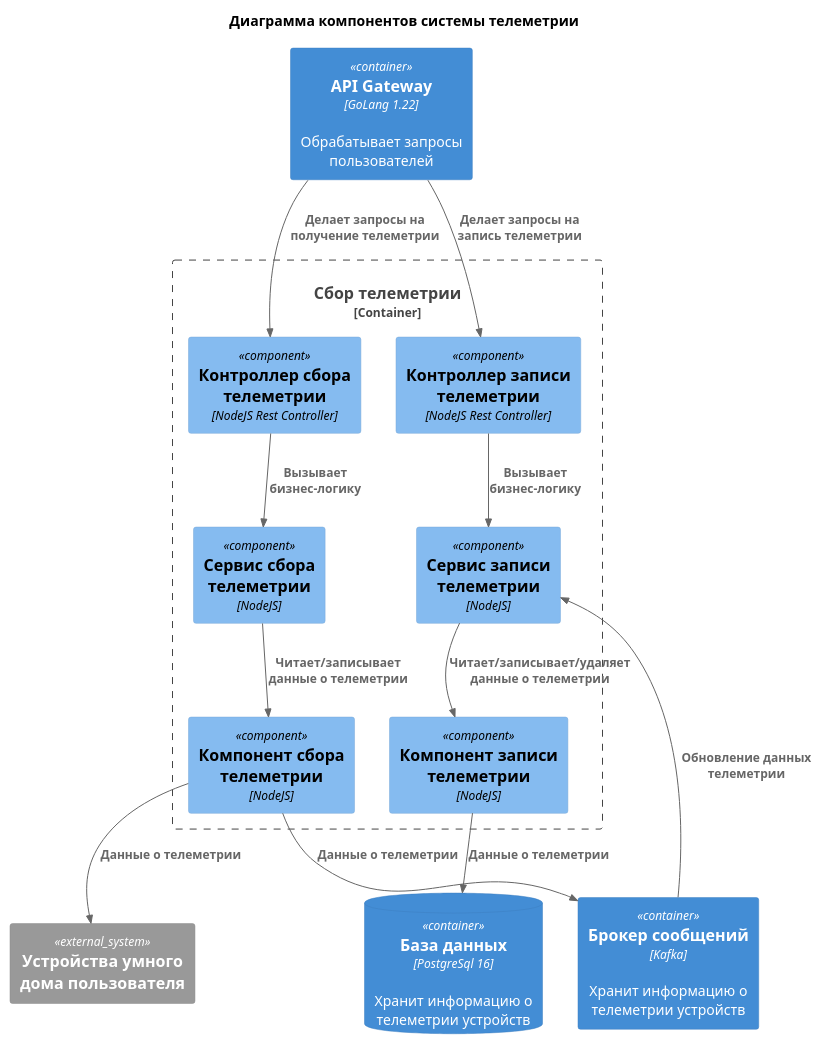
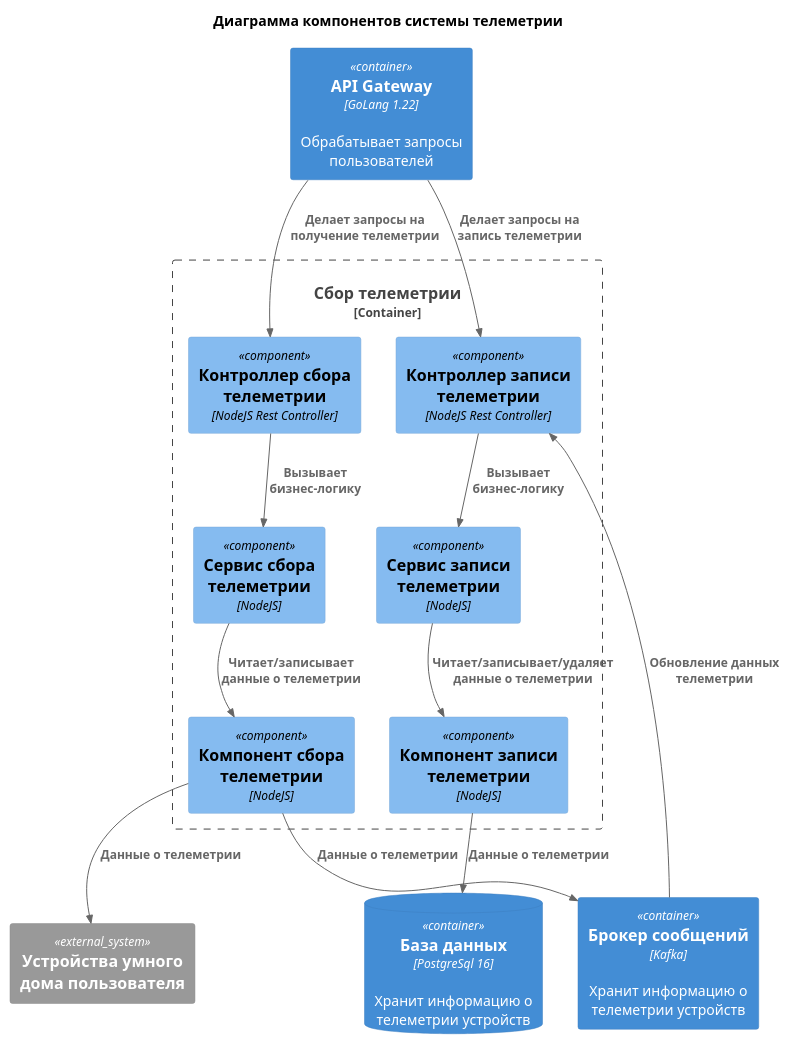
One commit to xSparKIx/architecture-pro-warmhouse changed the diagram in diagrams/components/Telemetry.puml. Above: the diagram before and after it, drawn with PlantUML. The commit also changed 29 other files, not shown here.

```diff
--- a/diagrams/components/Telemetry.puml
+++ b/diagrams/components/Telemetry.puml
@@ -1,43 +1,38 @@
 @startuml Telemetry components diagram
 title Диаграмма компонентов системы телеметрии
 
 !include ../templates/C4_Component.puml
 
 ' Внешние сущности
 Container(APIGateway, "API Gateway", "GoLang 1.22", "Обрабатывает запросы пользователей")
 Container(broker, "Брокер сообщений", "Kafka", "Хранит информацию о телеметрии устройств")
 ContainerDb(db, "База данных", "PostgreSql 16", "Хранит информацию о телеметрии устройств")
 System_Ext(UserDevicesSystem, "Устройства умного дома пользователя")
 
 ' Контейнер сбора телеметрии
 Container_Boundary(TelemetryContainer, "Сбор телеметрии") {
     ' Сбор телеметрии
     Component(TelemetryController, "Контроллер сбора телеметрии", "NodeJS Rest Controller")
     Component(TelemetryService, "Сервис сбора телеметрии", "NodeJS")
     Component(TelemetryComponent, "Компонент сбора телеметрии", "NodeJS")
 
     ' Запись телеметрии
     Component(TelemetryWriteController, "Контроллер записи телеметрии", "NodeJS Rest Controller")
     Component(TelemetryWriteService, "Сервис записи телеметрии", "NodeJS")
     Component(TelemetryWriteComponent, "Компонент записи телеметрии", "NodeJS")
 }
 
 ' Связи
 Rel(APIGateway, TelemetryController, "Делает запросы на получение телеметрии")
 Rel(TelemetryController, TelemetryService, "Вызывает бизнес-логику")
 Rel(TelemetryService, TelemetryComponent, "Читает/записывает данные о телеметрии")
 Rel(TelemetryComponent, broker, "Данные о телеметрии")
 Rel(TelemetryComponent, UserDevicesSystem, "Данные о телеметрии")
 
-' @todo Перепроверить и еще вопрос обязательно ли реализовывать отдельный контроллер записи
-' @todo Перепрвоерить, вполне возможно тут должна быть нисходящая связь и компонент записи должен связаны быть с брокером,
-' а не выше
-' @todo Тут еще надо предусмотреть что телеметрия должна вооюще постоянно собираться или сделать чтобы она собиралась по необходимости
-' когда пользователь смотрит, но нет сценарии должны постоянно же обрабатываться
 Rel(APIGateway, TelemetryWriteController, "Делает запросы на запись телеметрии")
-Rel(broker, TelemetryWriteService, "Обновление данных телеметрии")
+Rel(broker, TelemetryWriteController, "Обновление данных телеметрии")
 Rel(TelemetryWriteController, TelemetryWriteService, "Вызывает бизнес-логику")
 Rel(TelemetryWriteService, TelemetryWriteComponent, "Читает/записывает/удаляет данные о телеметрии")
 Rel(TelemetryWriteComponent, db, "Данные о телеметрии")
 
 @endmul
```
